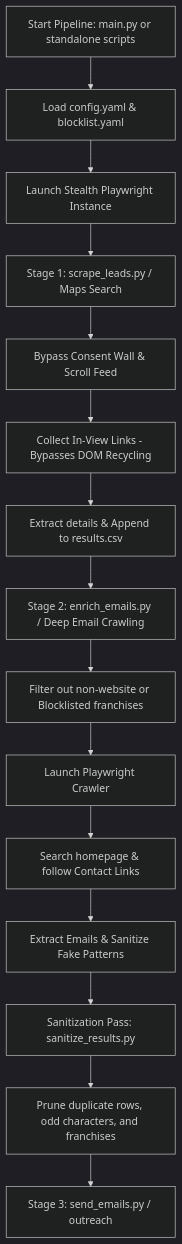
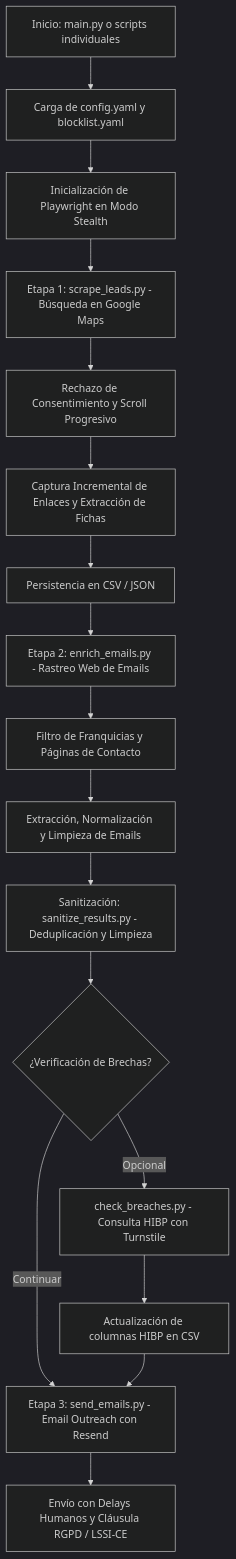
The diagram in README.md (loren-hub/lcascraping), drawn with Mermaid (dark theme) before and after one commit. The commit also changed other lines of this file and 10 other files, not shown here.

````diff
--- a/README.md
+++ b/README.md
@@ -40,17 +50,19 @@
 ```mermaid
 graph TD
-    A[Start Pipeline: main.py or standalone scripts] --> B[Load config.yaml & blocklist.yaml]
-    B --> C[Launch Stealth Playwright Instance]
-    C --> D[Stage 1: scrape_leads.py / Maps Search]
-    D --> E[Bypass Consent Wall & Scroll Feed]
-    E --> F[Collect In-View Links - Bypasses DOM Recycling]
-    F --> G[Extract details & Append to results.csv]
-    G --> H[Stage 2: enrich_emails.py / Deep Email Crawling]
-    H --> I[Filter out non-website or Blocklisted franchises]
-    I --> J[Launch Playwright Crawler]
-    J --> K[Search homepage & follow Contact Links]
-    K --> L[Extract Emails & Sanitize Fake Patterns]
-    L --> M[Sanitization Pass: sanitize_results.py]
-    M --> N[Prune duplicate rows, odd characters, and franchises]
-    N --> O[Stage 3: send_emails.py / outreach]
+    A[Inicio: main.py o scripts individuales] --> B[Carga de config.yaml y blocklist.yaml]
+    B --> C[Inicialización de Playwright en Modo Stealth]
+    C --> D[Etapa 1: scrape_leads.py - Búsqueda en Google Maps]
+    D --> E[Rechazo de Consentimiento y Scroll Progresivo]
+    E --> F[Captura Incremental de Enlaces y Extracción de Fichas]
+    F --> G[Persistencia en CSV / JSON]
+    G --> H[Etapa 2: enrich_emails.py - Rastreo Web de Emails]
+    H --> I[Filtro de Franquicias y Páginas de Contacto]
+    I --> J[Extracción, Normalización y Limpieza de Emails]
+    J --> K[Sanitización: sanitize_results.py - Deduplicación y Limpieza]
+    K --> L{¿Verificación de Brechas?}
+    L -- Opcional --> M[check_breaches.py - Consulta HIBP con Turnstile]
+    M --> N[Actualización de columnas HIBP en CSV]
+    L -- Continuar --> O[Etapa 3: send_emails.py - Email Outreach con Resend]
+    N --> O
+    O --> P[Envío con Delays Humanos y Cláusula RGPD / LSSI-CE]
 ```
````
